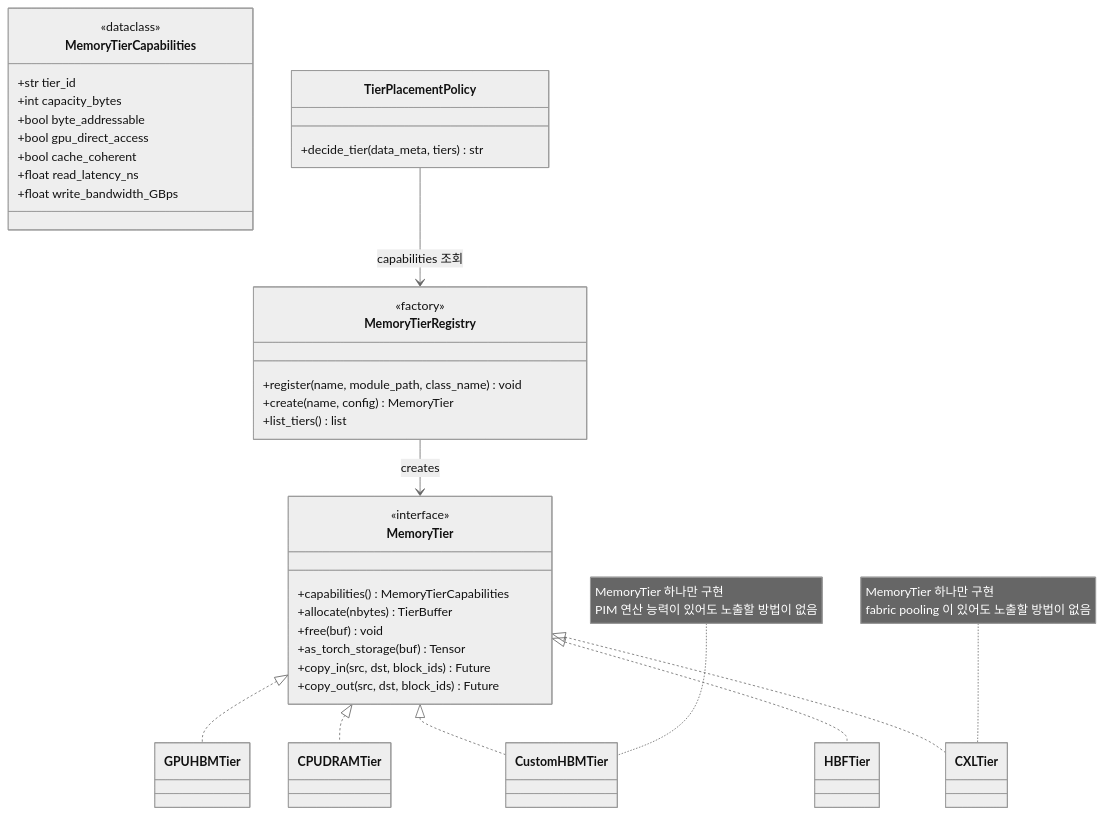
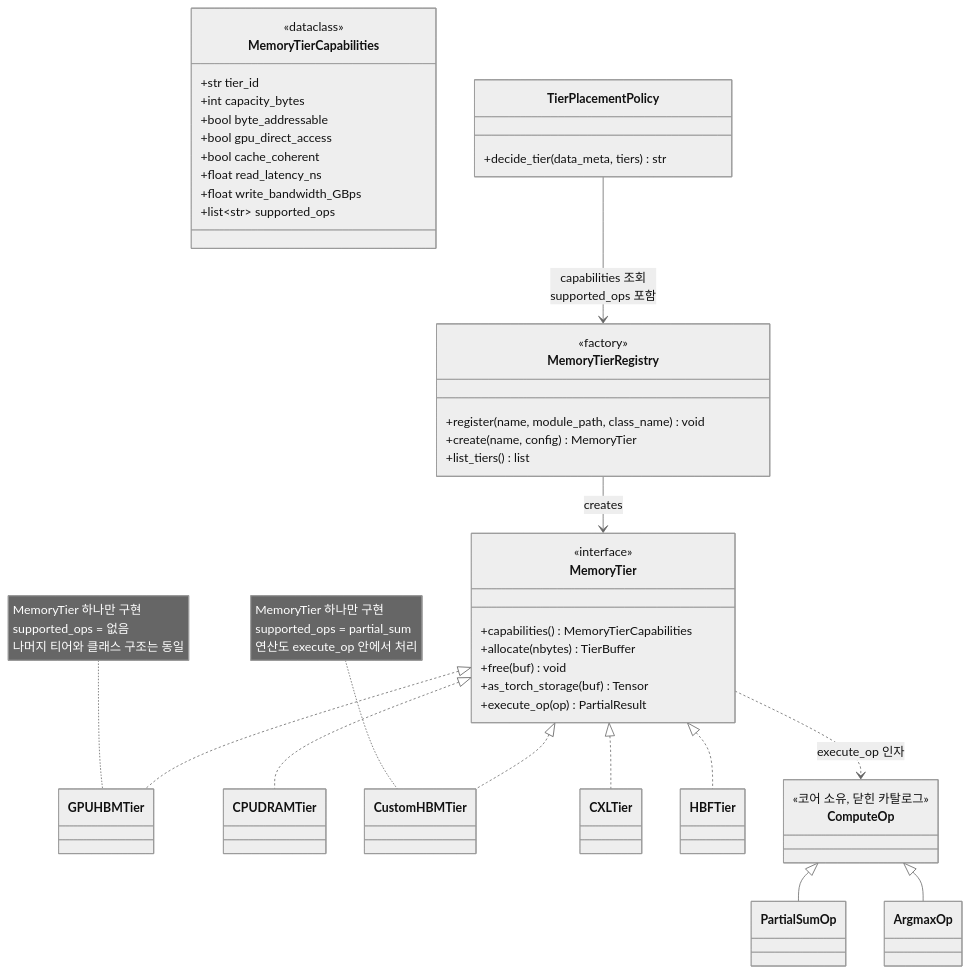
One commit to mkim0628/vllm changed the second of 8 diagrams in doc-mk/vllm-memory-abstraction-level-candidates.md. Above: the diagram before and after it, drawn with Mermaid (neutral theme). The commit also changed other lines of this file, not shown here.

First line of the commit message:
docs: redefine DP-1 Candidate 1 to satisfy compute-capable-memory FR

````diff
--- a/doc-mk/vllm-memory-abstraction-level-candidates.md
+++ b/doc-mk/vllm-memory-abstraction-level-candidates.md
@@ -135,44 +151,53 @@
 ```mermaid
 classDiagram
     class MemoryTierCapabilities {
         <<dataclass>>
         +str tier_id
         +int capacity_bytes
         +bool byte_addressable
         +bool gpu_direct_access
         +bool cache_coherent
         +float read_latency_ns
         +float write_bandwidth_GBps
+        +list~str~ supported_ops
     }
 
     class MemoryTier {
         <<interface>>
         +capabilities() MemoryTierCapabilities
         +allocate(nbytes) TierBuffer
         +free(buf) void
         +as_torch_storage(buf) Tensor
-        +copy_in(src, dst, block_ids) Future
-        +copy_out(src, dst, block_ids) Future
+        +execute_op(op) PartialResult
     }
     MemoryTier <|.. GPUHBMTier
     MemoryTier <|.. CPUDRAMTier
     MemoryTier <|.. CustomHBMTier
     MemoryTier <|.. CXLTier
     MemoryTier <|.. HBFTier
 
-    note for CustomHBMTier "MemoryTier 하나만 구현<br/>PIM 연산 능력이 있어도 노출할 방법이 없음"
-    note for CXLTier "MemoryTier 하나만 구현<br/>fabric pooling 이 있어도 노출할 방법이 없음"
+    class ComputeOp {
+        <<코어 소유, 닫힌 카탈로그>>
+    }
+    class PartialSumOp
+    class ArgmaxOp
+    ComputeOp <|-- PartialSumOp
+    ComputeOp <|-- ArgmaxOp
+    MemoryTier ..> ComputeOp : execute_op 인자
+
+    note for CustomHBMTier "MemoryTier 하나만 구현<br/>supported_ops = partial_sum<br/>연산도 execute_op 안에서 처리"
+    note for GPUHBMTier "MemoryTier 하나만 구현<br/>supported_ops = 없음<br/>나머지 티어와 클래스 구조는 동일"
 
     class MemoryTierRegistry {
         <<factory>>
         +register(name, module_path, class_name) void
         +create(name, config) MemoryTier
         +list_tiers() list
     }
     MemoryTierRegistry --> MemoryTier : creates
 
     class TierPlacementPolicy {
         +decide_tier(data_meta, tiers) str
     }
-    TierPlacementPolicy --> MemoryTierRegistry : capabilities 조회
+    TierPlacementPolicy --> MemoryTierRegistry : capabilities 조회<br/>supported_ops 포함
 ```
````
